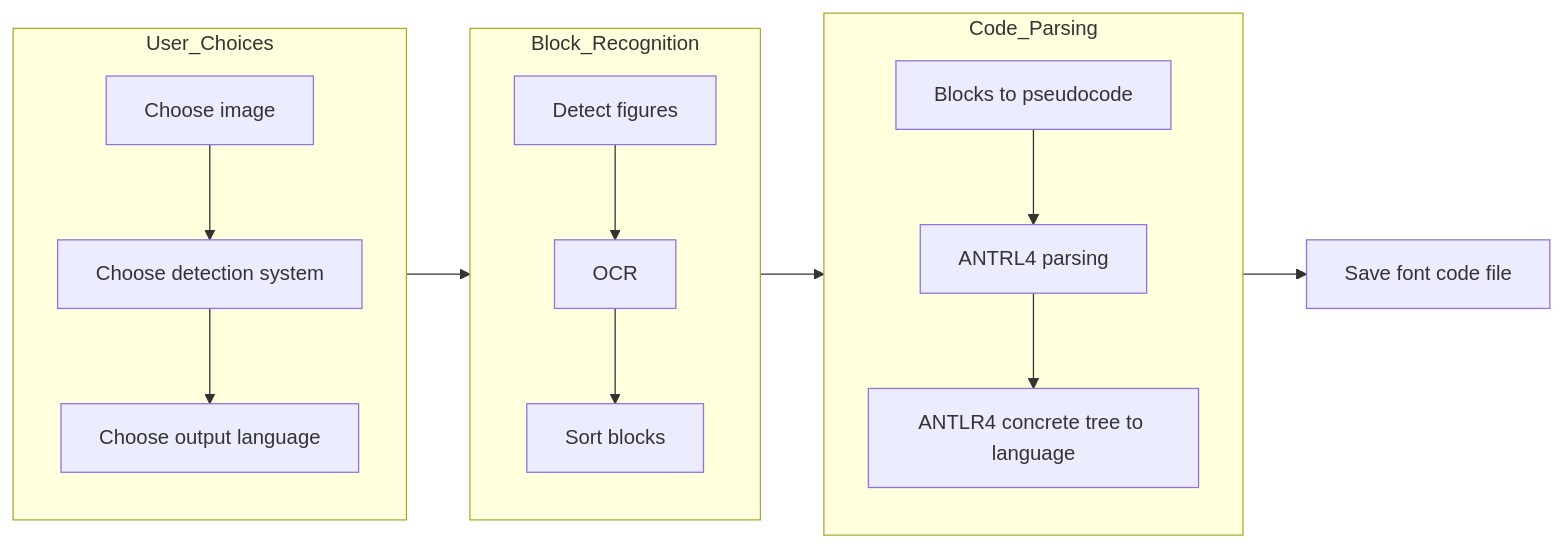
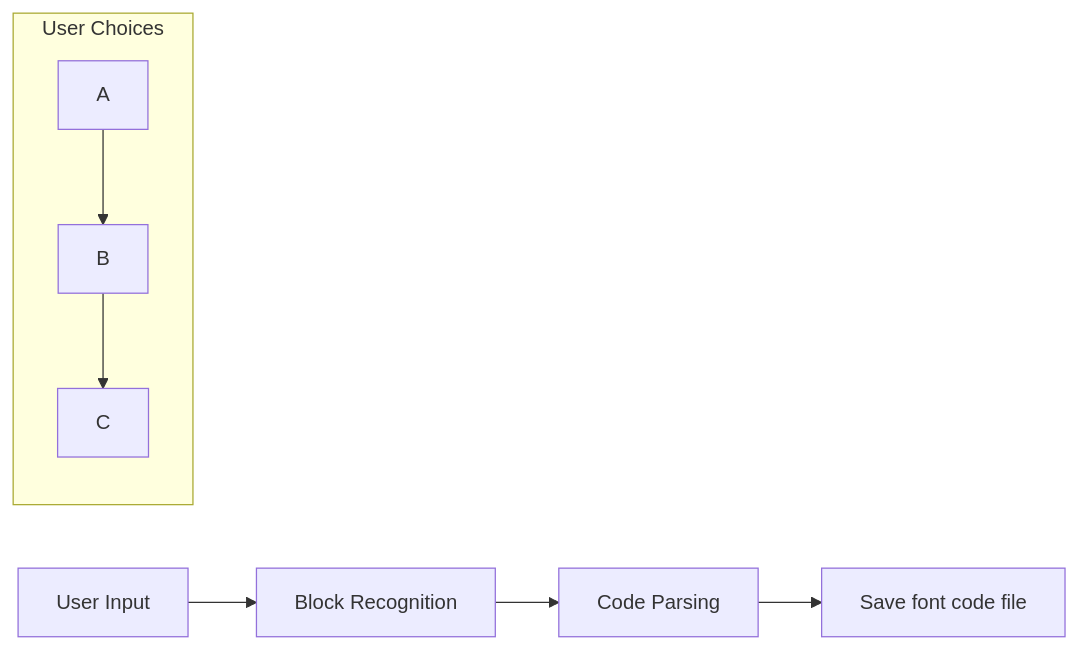
The second of 2 diagrams in README.md (alochimpasplum/Sidekick-S-TFG), drawn with Mermaid before and after one commit. The commit also changed other lines of this file, not shown here.

Commit message:
tests readme

````diff
--- a/README.md
+++ b/README.md
@@ -43,33 +43,17 @@
 ```mermaid
 graph LR
-    subgraph User_Choices
+    S1 --> S2
+    S2 --> S3
+    S3 --> J
+
+    S1[User Input]
+    S2[Block Recognition]
+    S3[Code Parsing]
+    J[Save font code file]
+    
+    subgraph SS1[User Choices]
         direction TB
-            A-->B
-            B-->C
+            A --> B
+            B --> C
     end
-    subgraph Block_Recognition
-        direction TB
-            D-->E
-            E-->F
-    end
-    subgraph Code_Parsing
-        direction TB
-            G-->H
-            H-->I
-
-    end
-    User_Choices --> Block_Recognition
-    Block_Recognition --> Code_Parsing
-    Code_Parsing --> J
-
-    A[Choose image]
-    B[Choose detection system]
-    C[Choose output language]
-    D[Detect figures]
-    E[OCR]
-    F[Sort blocks]
-    G[Blocks to pseudocode]
-    H[ANTRL4 parsing]
-    I[ANTLR4 concrete tree to language]
-    J[Save font code file]
 ```
````
